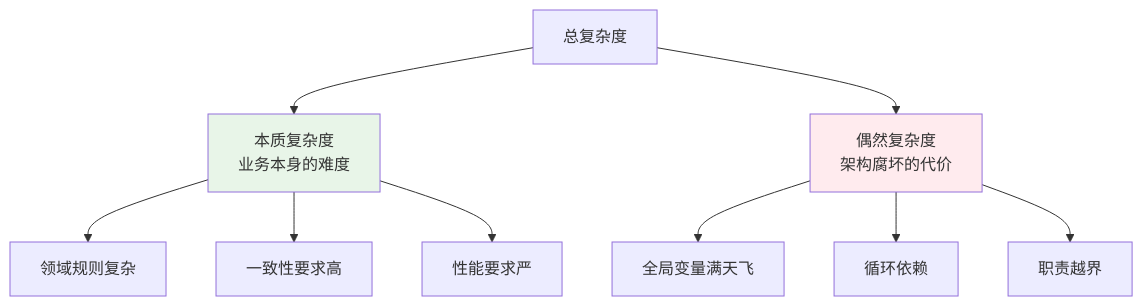
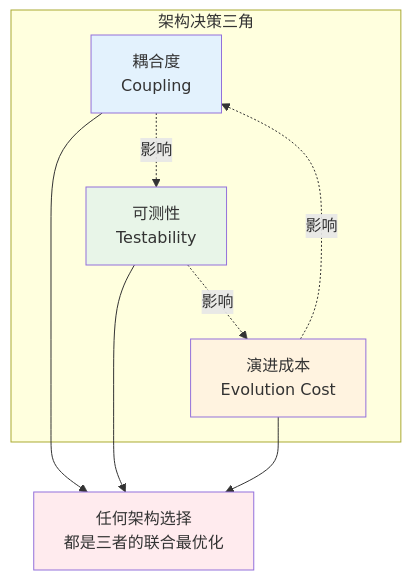
Before and after one commit to chongyang211/YCBookBlog: the second of 12 diagrams in docs/10.真经/05.方案设计思想/01.通用架构设计方案.md, drawn with Mermaid. The commit also changed other lines of this file and 36 other files, not shown here.

````diff
--- a/docs/10.真经/05.方案设计思想/01.通用架构设计方案.md
+++ b/docs/10.真经/05.方案设计思想/01.通用架构设计方案.md
@@ -107,16 +163,23 @@
 ```mermaid
-graph TD
-    A[总复杂度] --> B[本质复杂度<br/>业务本身的难度]
-    A --> C[偶然复杂度<br/>架构腐坏的代价]
+graph TB
+    subgraph "架构决策三角"
+        C[耦合度<br/>Coupling]
+        T[可测性<br/>Testability]
+        E[演进成本<br/>Evolution Cost]
+    end
     
-    B --> B1[领域规则复杂]
-    B --> B2[一致性要求高]
-    B --> B3[性能要求严]
+    C -.影响.-> T
+    T -.影响.-> E
+    E -.影响.-> C
     
-    C --> C1[全局变量满天飞]
-    C --> C2[循环依赖]
-    C --> C3[职责越界]
+    Center[任何架构选择<br/>都是三者的联合最优化]
     
-    style B fill:#e8f5e8
-    style C fill:#ffebee
+    C --> Center
+    T --> Center
+    E --> Center
+    
+    style C fill:#e3f2fd
+    style T fill:#e8f5e8
+    style E fill:#fff3e0
+    style Center fill:#ffebee
 ```
````
